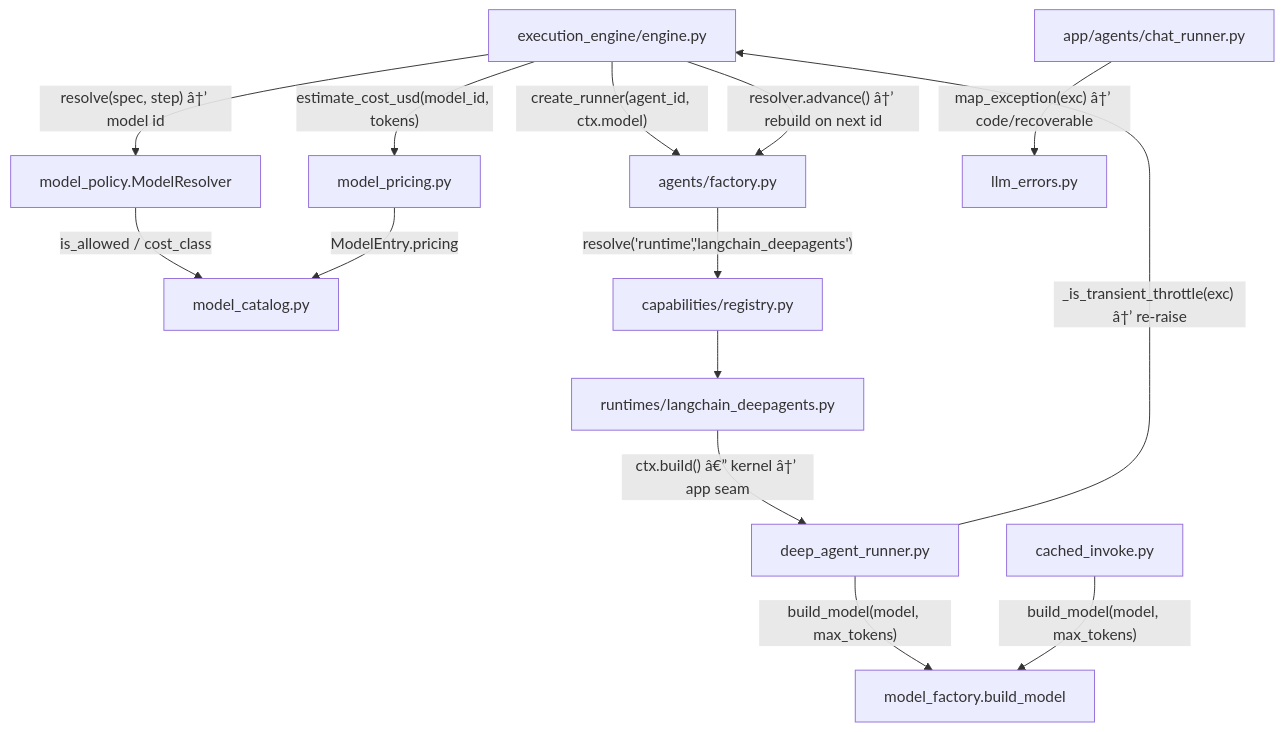
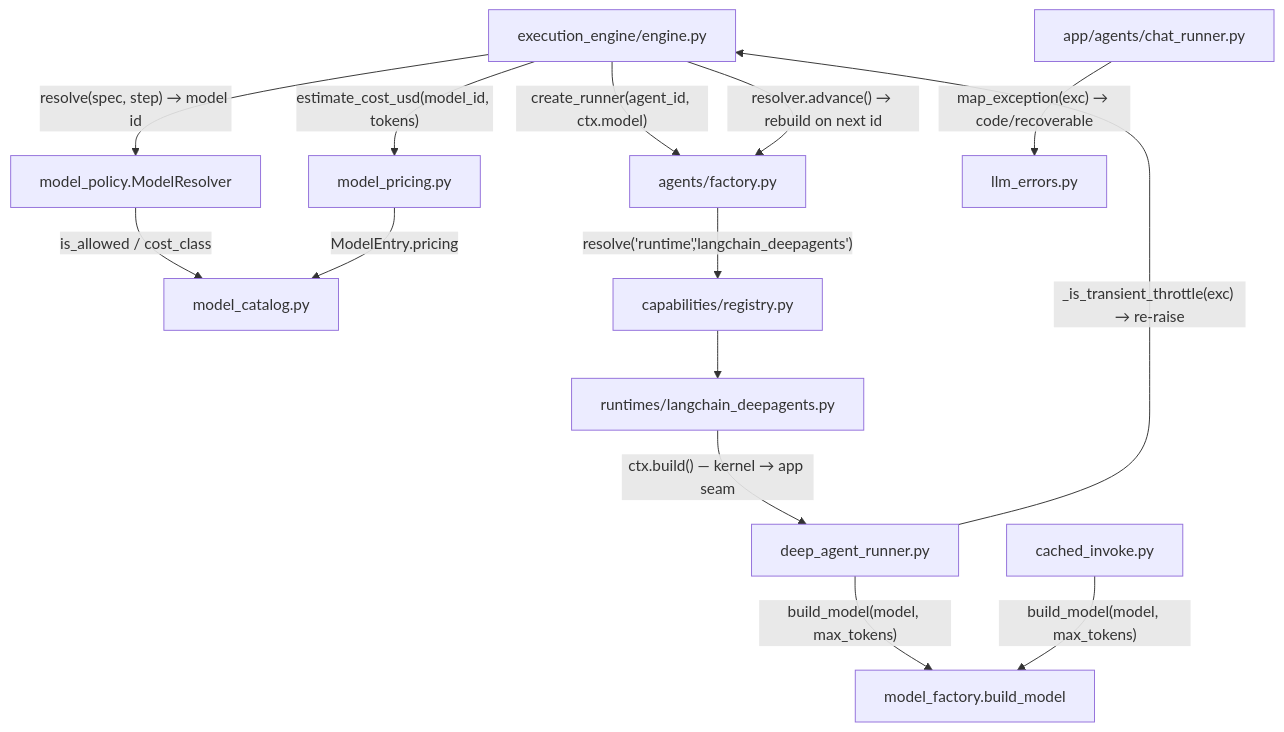
One commit to prateek-sinha7/IdeaFlowAI changed the first of 16 diagrams in .knowledge/ARCHITECTURE.md. Above: the diagram before and after it, drawn with Mermaid. The commit also changed other lines of this file and 4493 other files, not shown here.

````diff
--- a/.knowledge/ARCHITECTURE.md
+++ b/.knowledge/ARCHITECTURE.md
@@ -101,29 +101,29 @@
 ```mermaid
 flowchart TD
   engine["execution_engine/engine.py"]
   resolver["model_policy.ModelResolver"]
   catalog["model_catalog.py"]
   pricing["model_pricing.py"]
   factory["agents/factory.py"]
   registry["capabilities/registry.py"]
   adapter["runtimes/langchain_deepagents.py"]
   runner["deep_agent_runner.py"]
   build["model_factory.build_model"]
   cached["cached_invoke.py"]
   errors["llm_errors.py"]
   chat["app/agents/chat_runner.py"]
 
-  engine -->|"resolve(spec, step) â†’ model id"| resolver
+  engine -->|"resolve(spec, step) → model id"| resolver
   resolver -->|"is_allowed / cost_class"| catalog
   engine -->|"create_runner(agent_id, ctx.model)"| factory
   factory -->|"resolve('runtime','langchain_deepagents')"| registry
   registry --> adapter
-  adapter -->|"ctx.build() â€” kernel â†’ app seam"| runner
+  adapter -->|"ctx.build() — kernel → app seam"| runner
   runner -->|"build_model(model, max_tokens)"| build
   cached -->|"build_model(model, max_tokens)"| build
-  runner -->|"_is_transient_throttle(exc) â†’ re-raise"| engine
-  engine -->|"resolver.advance() â†’ rebuild on next id"| factory
+  runner -->|"_is_transient_throttle(exc) → re-raise"| engine
+  engine -->|"resolver.advance() → rebuild on next id"| factory
   engine -->|"estimate_cost_usd(model_id, tokens)"| pricing
   pricing -->|"ModelEntry.pricing"| catalog
-  chat -->|"map_exception(exc) â†’ code/recoverable"| errors
+  chat -->|"map_exception(exc) → code/recoverable"| errors
 ```
````
